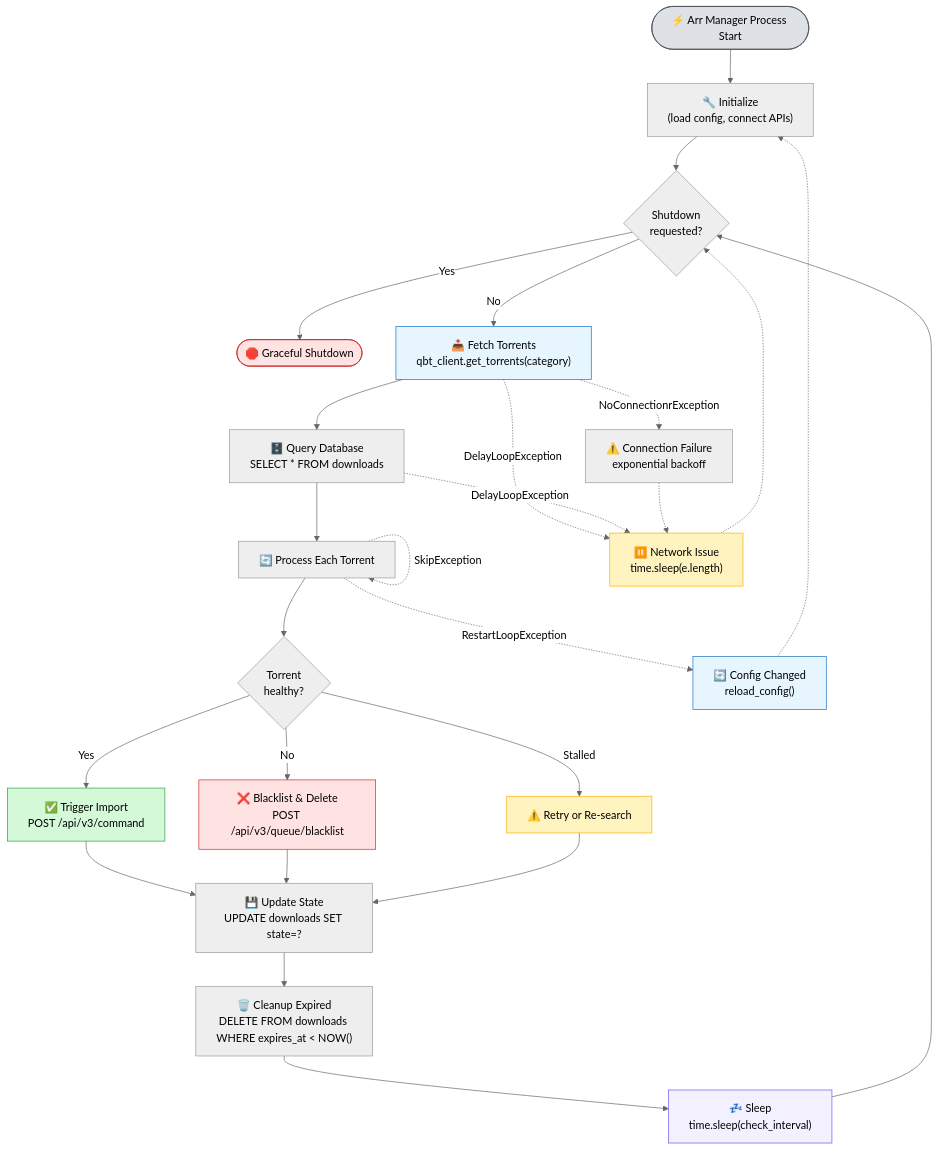
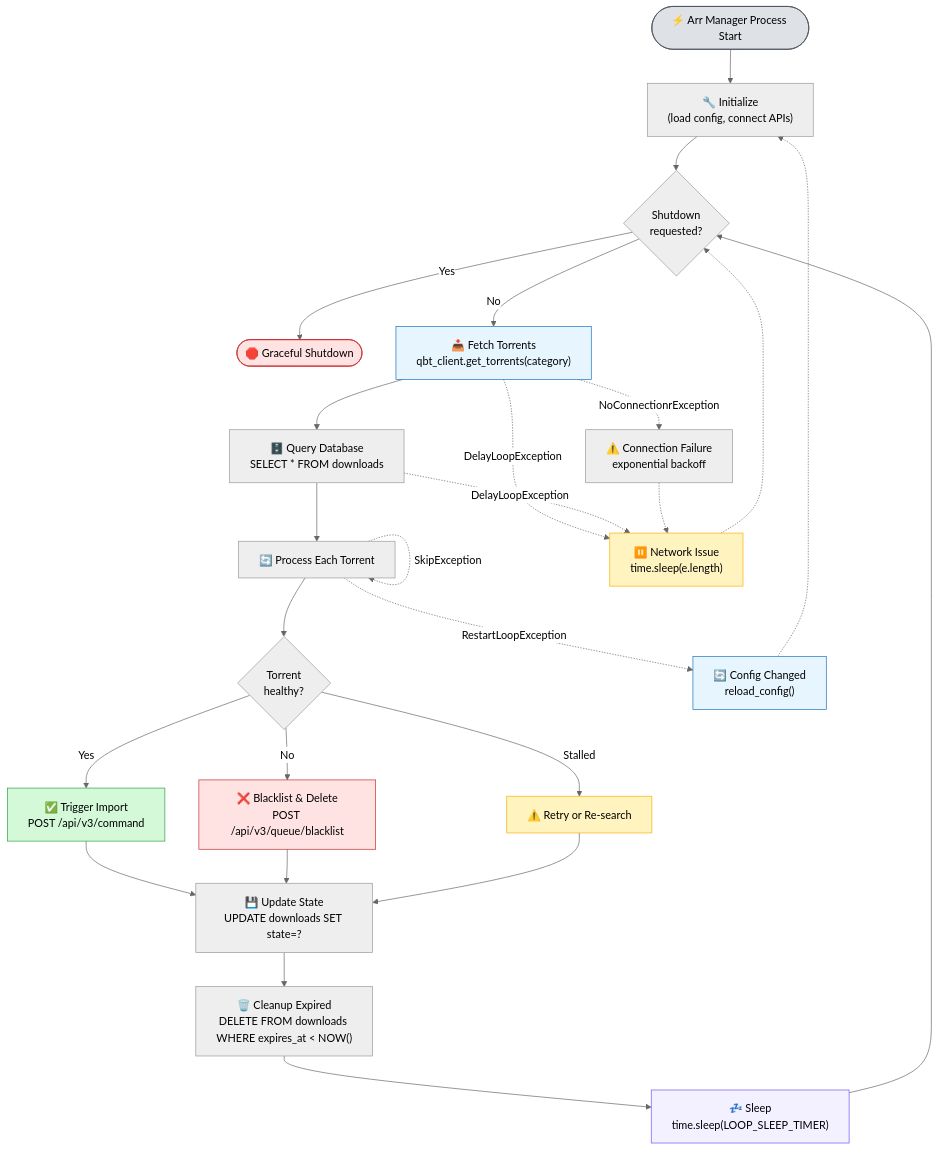
The sixth of 6 diagrams in docs/advanced/architecture.md (Feramance/qBitrr), drawn with Mermaid (neutral theme) before and after one commit. The commit also changed other lines of this file and 10 other files, not shown here.

````diff
--- a/docs/advanced/architecture.md
+++ b/docs/advanced/architecture.md
@@ -469,58 +469,58 @@
 ```mermaid
 flowchart TD
     Start([⚡ Arr Manager Process Start])
 
     Start --> Init["🔧 Initialize<br/>(load config, connect APIs)"]
 
     Init --> LoopStart{Shutdown<br/>requested?}
 
     LoopStart -->|Yes| Shutdown([🛑 Graceful Shutdown])
     LoopStart -->|No| FetchTorrents["📥 Fetch Torrents<br/>qbt_client.get_torrents(category)"]
 
     FetchTorrents --> QueryDB["🗄️ Query Database<br/>SELECT * FROM downloads"]
 
     QueryDB --> ProcessLoop["🔄 Process Each Torrent"]
 
     ProcessLoop --> CheckTorrent{Torrent<br/>healthy?}
 
     CheckTorrent -->|Yes| Import["✅ Trigger Import<br/>POST /api/v3/command"]
     CheckTorrent -->|No| Blacklist["❌ Blacklist & Delete<br/>POST /api/v3/queue/blacklist"]
     CheckTorrent -->|Stalled| Retry["⚠️ Retry or Re-search"]
 
     Import --> UpdateDB
     Blacklist --> UpdateDB
     Retry --> UpdateDB
 
     UpdateDB["💾 Update State<br/>UPDATE downloads SET state=?"]
 
     UpdateDB --> Cleanup["🗑️ Cleanup Expired<br/>DELETE FROM downloads WHERE expires_at < NOW()"]
 
-    Cleanup --> Sleep["💤 Sleep<br/>time.sleep(check_interval)"]
+    Cleanup --> Sleep["💤 Sleep<br/>time.sleep(LOOP_SLEEP_TIMER)"]
 
     Sleep --> LoopStart
 
     FetchTorrents -.->|DelayLoopException| DelayHandler["⏸️ Network Issue<br/>time.sleep(e.length)"]
     QueryDB -.->|DelayLoopException| DelayHandler
 
     DelayHandler -.-> LoopStart
 
     ProcessLoop -.->|RestartLoopException| ConfigReload["🔄 Config Changed<br/>reload_config()"]
 
     ConfigReload -.-> Init
 
     ProcessLoop -.->|SkipException| ProcessLoop
 
     FetchTorrents -.->|NoConnectionrException| Backoff["⚠️ Connection Failure<br/>exponential backoff"]
 
     Backoff -.-> DelayHandler
 
     style Start fill:#dee2e6,stroke:#495057,color:#000
     style Shutdown fill:#ffe3e3,stroke:#c92a2a,color:#000
     style FetchTorrents fill:#e7f5ff,stroke:#1971c2,color:#000
     style Import fill:#d3f9d8,stroke:#2f9e44,color:#000
     style Blacklist fill:#ffe3e3,stroke:#c92a2a,color:#000
     style Retry fill:#fff3bf,stroke:#fab005,color:#000
     style Sleep fill:#f3f0ff,stroke:#7950f2,color:#000
     style DelayHandler fill:#fff3bf,stroke:#fab005,color:#000
     style ConfigReload fill:#e7f5ff,stroke:#1971c2,color:#000
 ```
````
